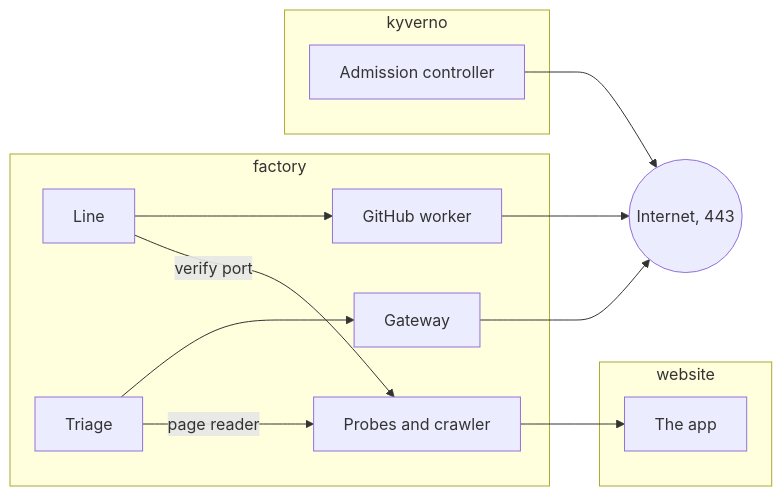
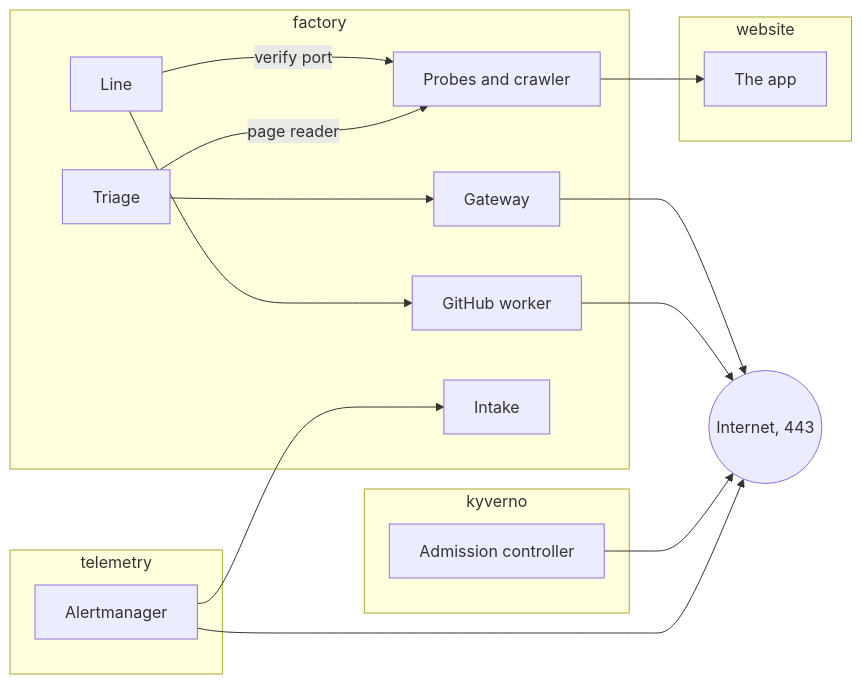
The diagram in docs/COMPONENTS/NETWORK-POLICIES.md (mrogan/cv-software-factory), drawn with Mermaid before and after one commit. The commit also changed other lines of this file and 9 other files, not shown here.

````diff
--- a/docs/COMPONENTS/NETWORK-POLICIES.md
+++ b/docs/COMPONENTS/NETWORK-POLICIES.md
@@ -10,25 +10,31 @@
 ```mermaid
 flowchart LR
   subgraph factory
     gateway[Gateway]
     worker[GitHub worker]
     line[Line]
     triage[Triage]
     probes[Probes and crawler]
+    intake[Intake]
   end
   subgraph kyverno
     admission[Admission controller]
   end
   subgraph website
     app[The app]
   end
+  subgraph telemetry
+    alertmanager[Alertmanager]
+  end
   internet((Internet, 443))
   gateway --> internet
   worker --> internet
   admission --> internet
+  alertmanager --> internet
+  alertmanager --> intake
   triage --> gateway
   line --> worker
   line -- verify port --> probes
   triage -- page reader --> probes
   probes --> app
 ```
````
